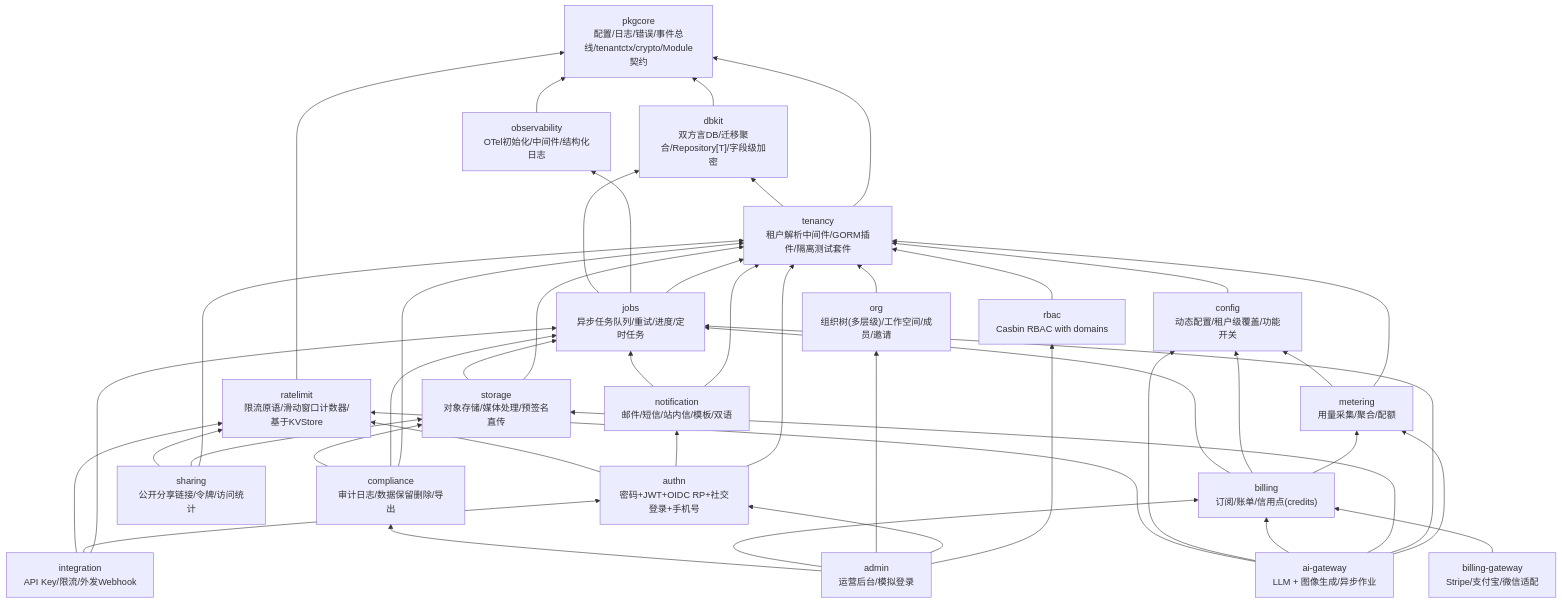
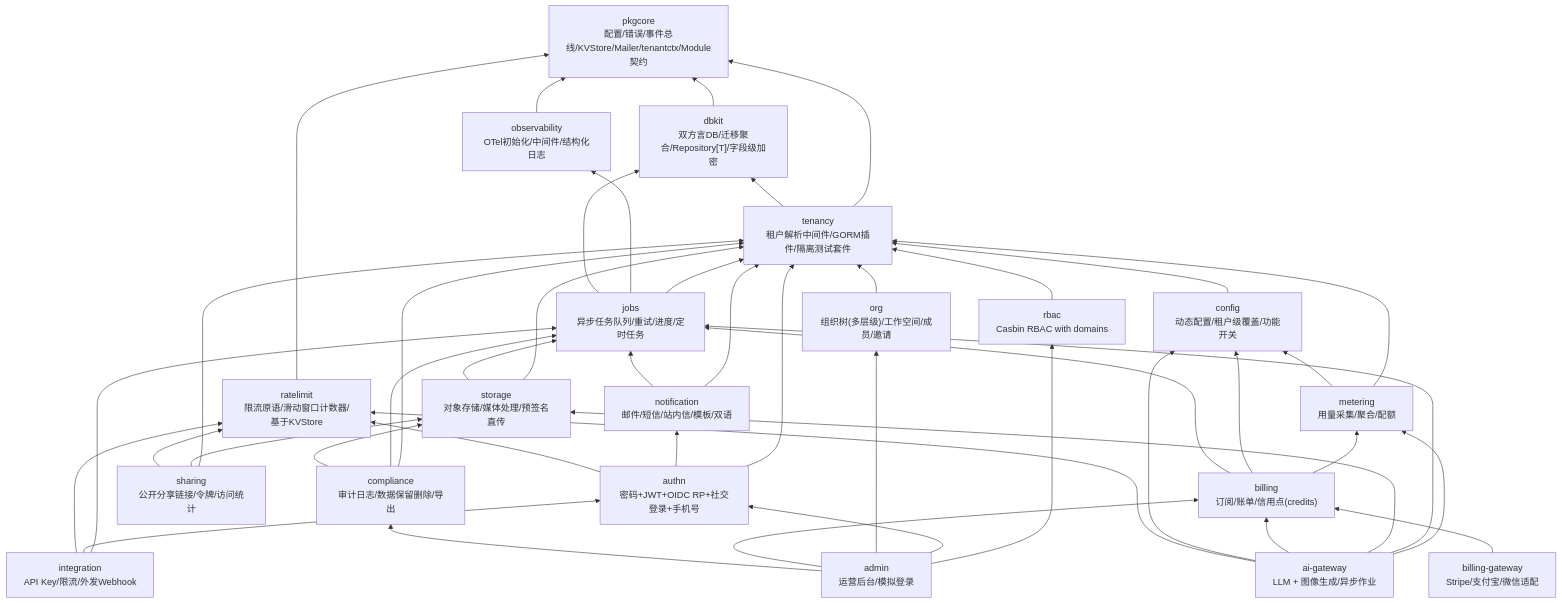
Before and after one commit to vislake/speed: the diagram in docs/internal/01-architecture.md, drawn with Mermaid. The commit also changed other lines of this file and 1 other file, not shown here.

Commit message:
docs(internal): reflect pkgcore's delivered distributed and mail seams

````diff
--- a/docs/internal/01-architecture.md
+++ b/docs/internal/01-architecture.md
@@ -10,68 +10,68 @@
 ```mermaid
 graph BT
-    pkgcore["pkgcore<br/>配置/日志/错误/事件总线/tenantctx/crypto/Module契约"]
+    pkgcore["pkgcore<br/>配置/错误/事件总线/KVStore/Mailer/tenantctx/Module契约"]
     dbkit["dbkit<br/>双方言DB/迁移聚合/Repository[T]/字段级加密"]
     obs["observability<br/>OTel初始化/中间件/结构化日志"]
     tenancy["tenancy<br/>租户解析中间件/GORM插件/隔离测试套件"]
     ratelimit["ratelimit<br/>限流原语/滑动窗口计数器/基于KVStore"]
     cfg["config<br/>动态配置/租户级覆盖/功能开关"]
     jobs["jobs<br/>异步任务队列/重试/进度/定时任务"]
     storage["storage<br/>对象存储/媒体处理/预签名直传"]
     notify["notification<br/>邮件/短信/站内信/模板/双语"]
     authn["authn<br/>密码+JWT+OIDC RP+社交登录+手机号"]
     rbac["rbac<br/>Casbin RBAC with domains"]
     metering["metering<br/>用量采集/聚合/配额"]
     org["org<br/>组织树(多层级)/工作空间/成员/邀请"]
     billing["billing<br/>订阅/账单/信用点(credits)"]
     bgw["billing-gateway<br/>Stripe/支付宝/微信适配"]
     ai["ai-gateway<br/>LLM + 图像生成/异步作业"]
     sharing["sharing<br/>公开分享链接/令牌/访问统计"]
     integ["integration<br/>API Key/限流/外发Webhook"]
     comp["compliance<br/>审计日志/数据保留删除/导出"]
     admin["admin<br/>运营后台/模拟登录"]
 
     dbkit --> pkgcore
     obs --> pkgcore
     tenancy --> pkgcore
     tenancy --> dbkit
     ratelimit --> pkgcore
     cfg --> tenancy
     jobs --> tenancy
     jobs --> obs
     jobs --> dbkit
     storage --> tenancy
     storage --> jobs
     notify --> tenancy
     notify --> jobs
     authn --> tenancy
     authn --> notify
     authn --> ratelimit
     rbac --> tenancy
     metering --> tenancy
     metering --> cfg
     org --> tenancy
     billing --> metering
     billing --> cfg
     billing --> jobs
     bgw --> billing
     ai --> metering
     ai --> jobs
     ai --> storage
     ai --> billing
     ai --> cfg
     ai --> ratelimit
     sharing --> tenancy
     sharing --> storage
     sharing --> ratelimit
     integ --> jobs
     integ --> authn
     integ --> ratelimit
     comp --> tenancy
     comp --> jobs
     comp --> storage
     admin --> rbac
     admin --> authn
     admin --> org
     admin --> billing
     admin --> comp
 ```
````
